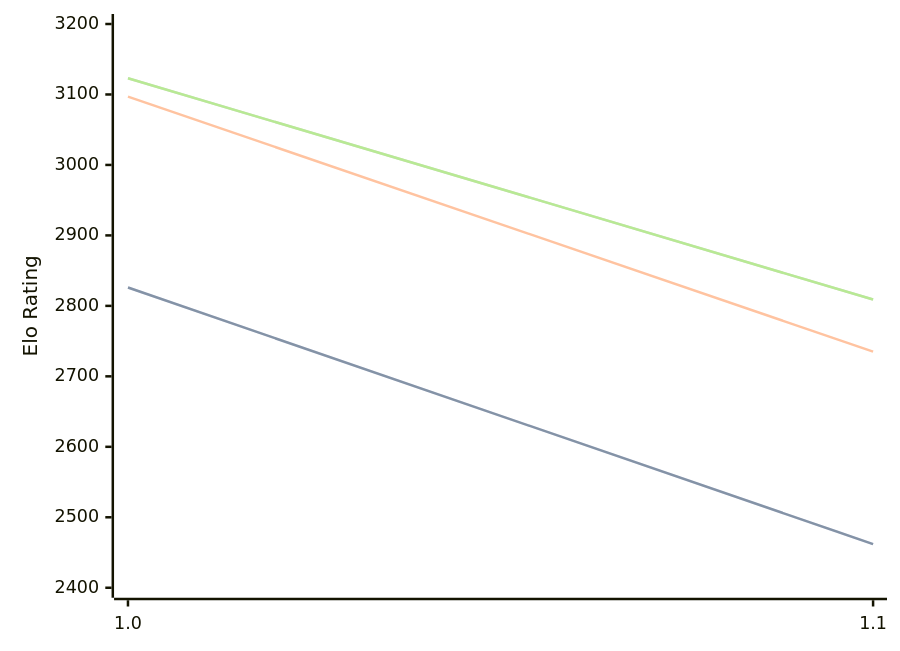
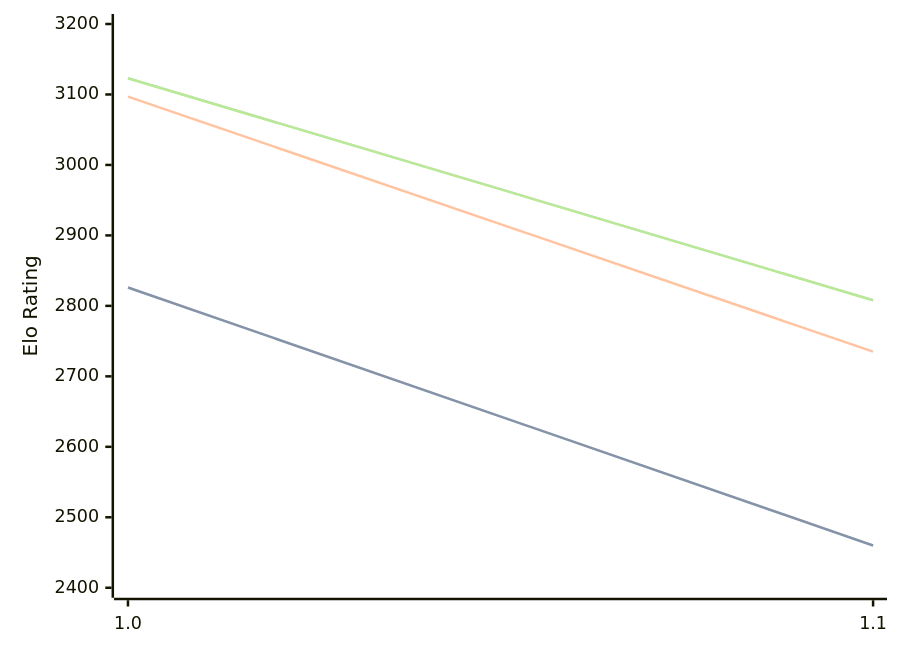
One commit to computer-chess-index/cci changed the diagram in engines/Publius.md. Above: the diagram before and after it, drawn with Mermaid. The commit also changed other lines of this file, not shown here.

Commit message:
Update CCI Ratings (ELO VLTC) - 2026-08-07

````diff
--- a/engines/Publius.md
+++ b/engines/Publius.md
@@ -32,11 +32,11 @@
 ```mermaid
 %%{init: {"theme":"base","themeVariables":{"seriesColors:['#a3a3a3','#222221','#faa371']}}}%%
 xychart-beta
   x-axis ["1.0", "1.1"]
   y-axis "Elo Rating" 2400 --> 3200
-  line "STC (8.0+0.08s)" [2826, 2462]
-  line "STC (8.0+0.08s)" [2826, 2462]
+  line "STC (8.0+0.08s)" [2826, 2460]
+  line "STC (8.0+0.08s)" [2826, 2460]
   line "LTC (60.0+0.60s)" [3097, 2735]
-  line "VLTC (2m24s+1.12s)" [3123, 2809]
-  line "VLTC (2m24s+1.12s)" [3123, 2809]
+  line "VLTC (2m24s+1.12s)" [3123, 2808]
+  line "VLTC (2m24s+1.12s)" [3123, 2808]
 ```
````
